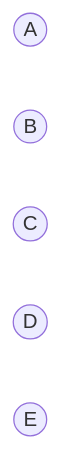
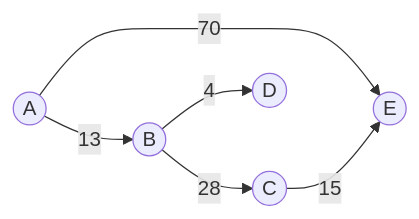
One commit to dmjcb/dmjcb.github.io changed the first of 4 diagrams in _posts/DataStructures/Graph/2022-02-13-SPFA最短路.md. Above: the diagram before and after it, drawn with Mermaid. The commit also changed other lines of this file and 122 other files, not shown here.

Commit message:
修复图形显示BUG

````diff
--- a/_posts/DataStructures/Graph/2022-02-13-SPFA最短路.md
+++ b/_posts/DataStructures/Graph/2022-02-13-SPFA最短路.md
@@ -11,9 +11,14 @@
 ```mermaid
 graph LR
     A((A))
     B((B))
     C((C))
     D((D))
     E((E))
 
+    A --13--> B
+    A --70--> E
+    B --28--> C
+    B --4--> D
+    C --15--> E
 ```
````
